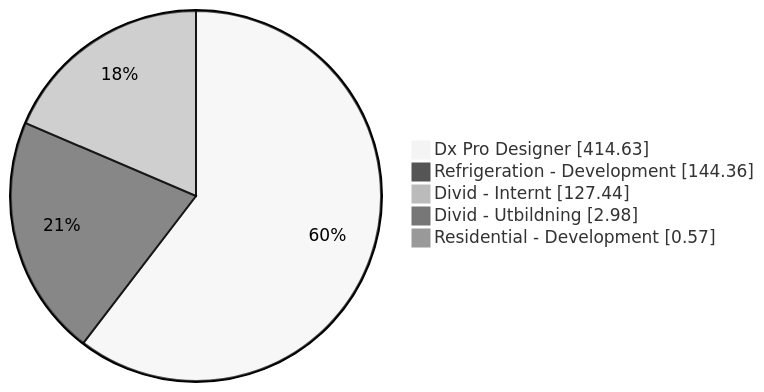
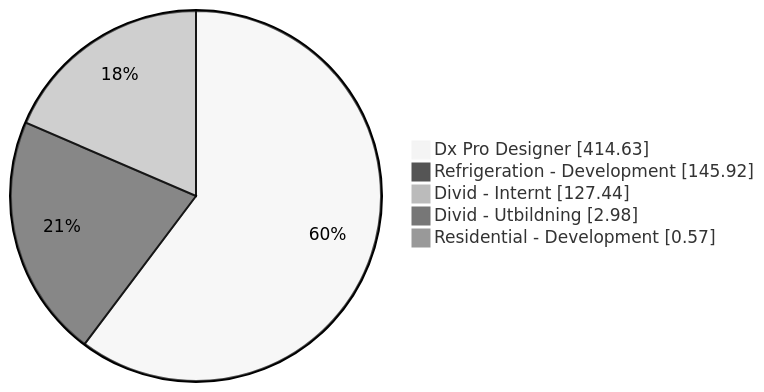
The first of 5 diagrams in README.org (albinforsberg-netizen/timeclock), drawn with Mermaid (neutral theme) before and after one commit. The commit also changed other lines of this file, not shown here.

```diff
--- a/README.org
+++ b/README.org
@@ -32,8 +32,8 @@
 #+begin_src mermaid
 pie showData
     "Dx Pro Designer" : 414.63
-    "Refrigeration - Development" : 144.36
+    "Refrigeration - Development" : 145.92
     "Divid - Internt" : 127.44
     "Divid - Utbildning" : 2.98
     "Residential - Development" : 0.57
 #+end_src
```
